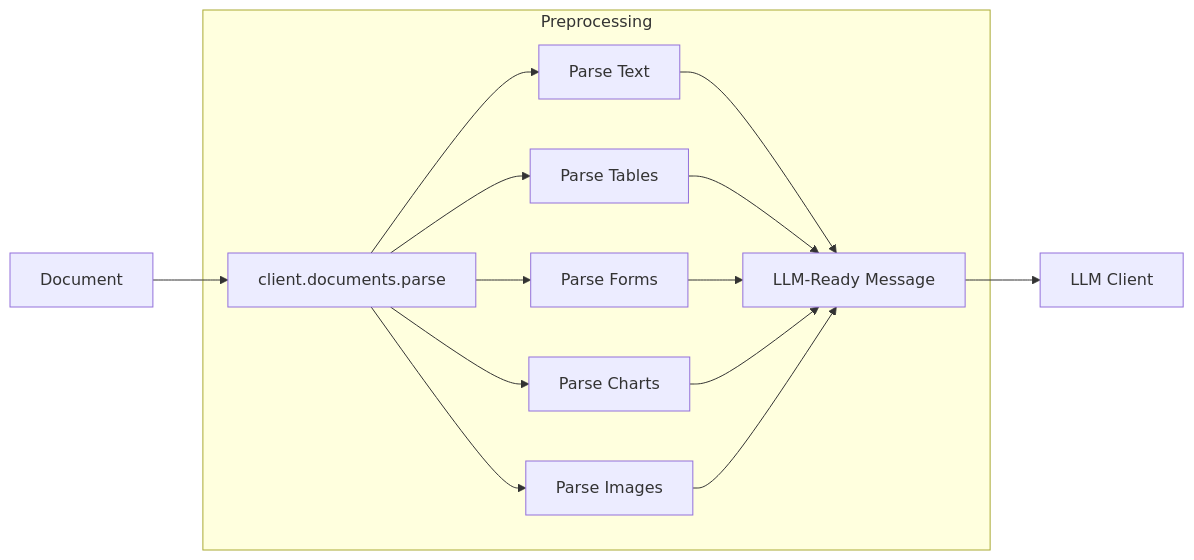
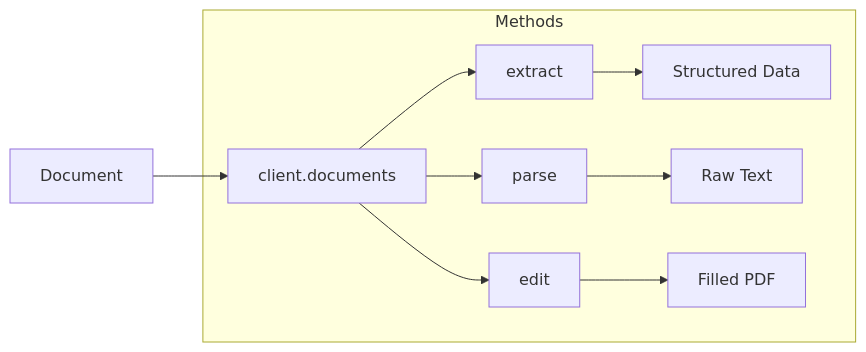
The diagram in core-concepts/Documents.mdx (retab-dev/docs), drawn with Mermaid before and after one commit. The commit also changed other lines of this file and 4 other files, not shown here.

````diff
--- a/core-concepts/Documents.mdx
+++ b/core-concepts/Documents.mdx
@@ -15,13 +15,10 @@
 ```mermaid
 flowchart LR
-    A[Document] --> B[client.documents.parse]
-    C[LLM-Ready Message] --> D[LLM Client]
+    A[Document] --> B[client.documents]
     
-    subgraph Preprocessing
-    B --> B0[Parse Text] --> C
-    B --> B1[Parse Tables] --> C
-    B --> B2[Parse Forms] --> C
-    B --> B3[Parse Charts] --> C
-    B --> B4[Parse Images] --> C
+    subgraph Methods
+    B --> E[extract] --> F[Structured Data]
+    B --> P[parse] --> G[Raw Text]
+    B --> D[edit] --> H[Filled PDF]
     end
 ```
````
